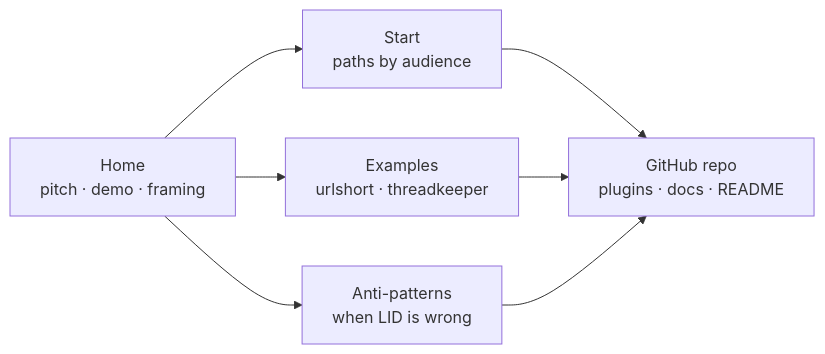
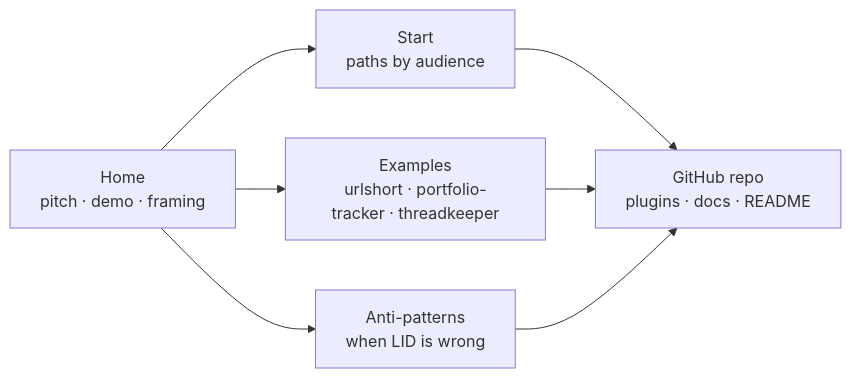
Before and after one commit to jszmajda/lid: the diagram in docs/intent/marketing-site/marketing-site-design.md, drawn with Mermaid. The commit also changed other lines of this file and 9 other files, not shown here.

Commit message:
Marketing-site: add portfolio-tracker as third exemplar (Examples three-lens roster)

````diff
--- a/docs/intent/marketing-site/marketing-site-design.md
+++ b/docs/intent/marketing-site/marketing-site-design.md
@@ -87,9 +87,9 @@
 ```mermaid
 graph LR
   Home[Home<br/>pitch · demo · framing] --> Start[Start<br/>paths by audience]
-  Home --> Examples[Examples<br/>urlshort · threadkeeper]
+  Home --> Examples[Examples<br/>urlshort · portfolio-tracker · threadkeeper]
   Home --> AntiPatterns[Anti-patterns<br/>when LID is wrong]
   Start --> Repo[GitHub repo<br/>plugins · docs · README]
   Examples --> Repo
   AntiPatterns --> Repo
 ```
````
